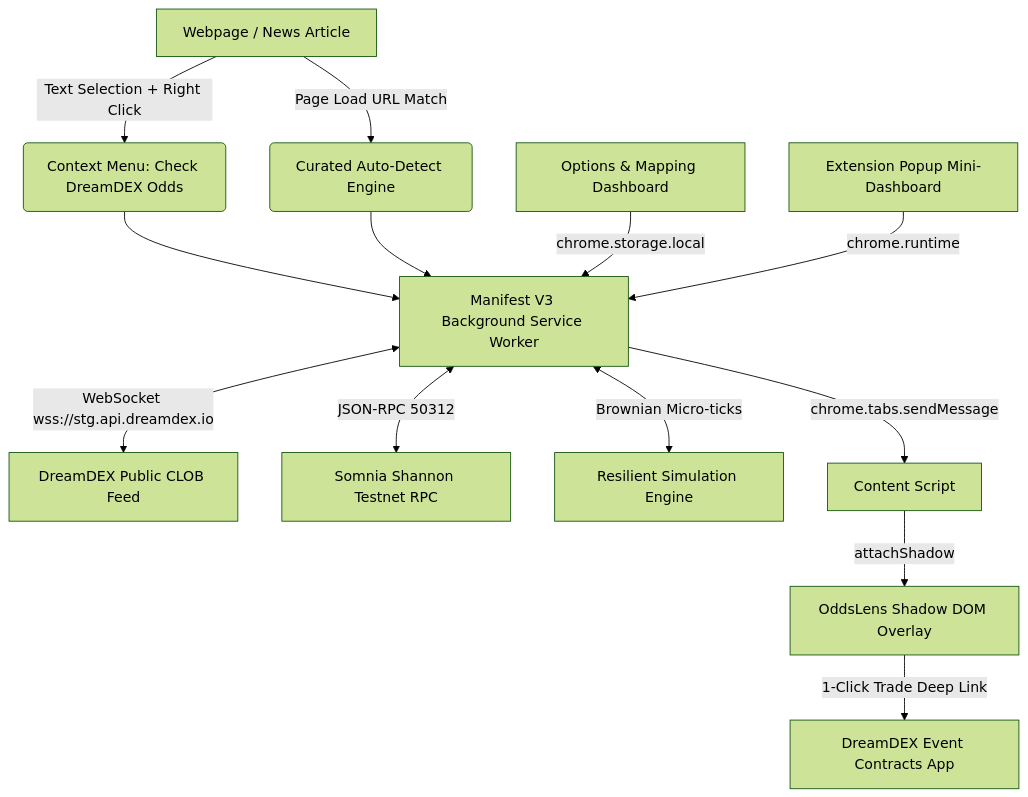
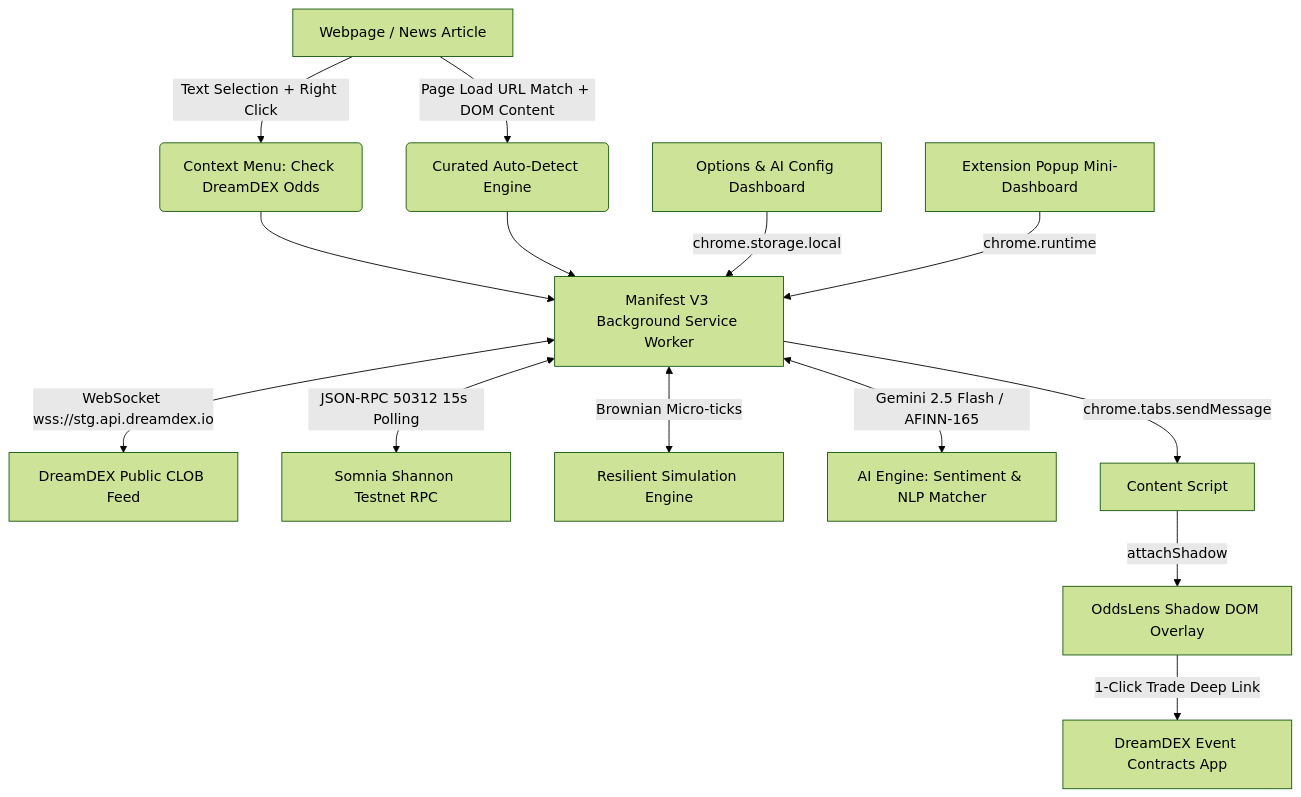
One commit to nabil-repo/oddslens changed the diagram in README.md. Above: the diagram before and after it, drawn with Mermaid (forest theme). The commit also changed other lines of this file and 12 other files, not shown here.

Commit message:
feat: implement OddsLens browser extension core with background AI engine and content script widget overlay

````diff
--- a/README.md
+++ b/README.md
@@ -60,20 +60,21 @@
 ```mermaid
 graph TD
     A[Webpage / News Article] -->|Text Selection + Right Click| B(Context Menu: Check DreamDEX Odds)
-    A -->|Page Load URL Match| C(Curated Auto-Detect Engine)
+    A -->|Page Load URL Match + DOM Content| C(Curated Auto-Detect Engine)
     
     B --> D[Manifest V3 Background Service Worker]
     C --> D
     
     D <-->|WebSocket wss://stg.api.dreamdex.io| E[DreamDEX Public CLOB Feed]
-    D <-->|JSON-RPC 50312| F[Somnia Shannon Testnet RPC]
+    D <-->|JSON-RPC 50312 15s Polling| F[Somnia Shannon Testnet RPC]
     D <-->|Brownian Micro-ticks| G[Resilient Simulation Engine]
+    D <-->|Gemini 2.5 Flash / AFINN-165| H[AI Engine: Sentiment & NLP Matcher]
     
-    D -->|chrome.tabs.sendMessage| H[Content Script]
-    H -->|attachShadow| I[OddsLens Shadow DOM Overlay]
+    D -->|chrome.tabs.sendMessage| I[Content Script]
+    I -->|attachShadow| J[OddsLens Shadow DOM Overlay]
     
-    I -->|1-Click Trade Deep Link| J[DreamDEX Event Contracts App]
+    J -->|1-Click Trade Deep Link| K[DreamDEX Event Contracts App]
     
-    K[Options & Mapping Dashboard] -->|chrome.storage.local| D
-    L[Extension Popup Mini-Dashboard] -->|chrome.runtime| D
+    L[Options & AI Config Dashboard] -->|chrome.storage.local| D
+    M[Extension Popup Mini-Dashboard] -->|chrome.runtime| D
 ```
````
